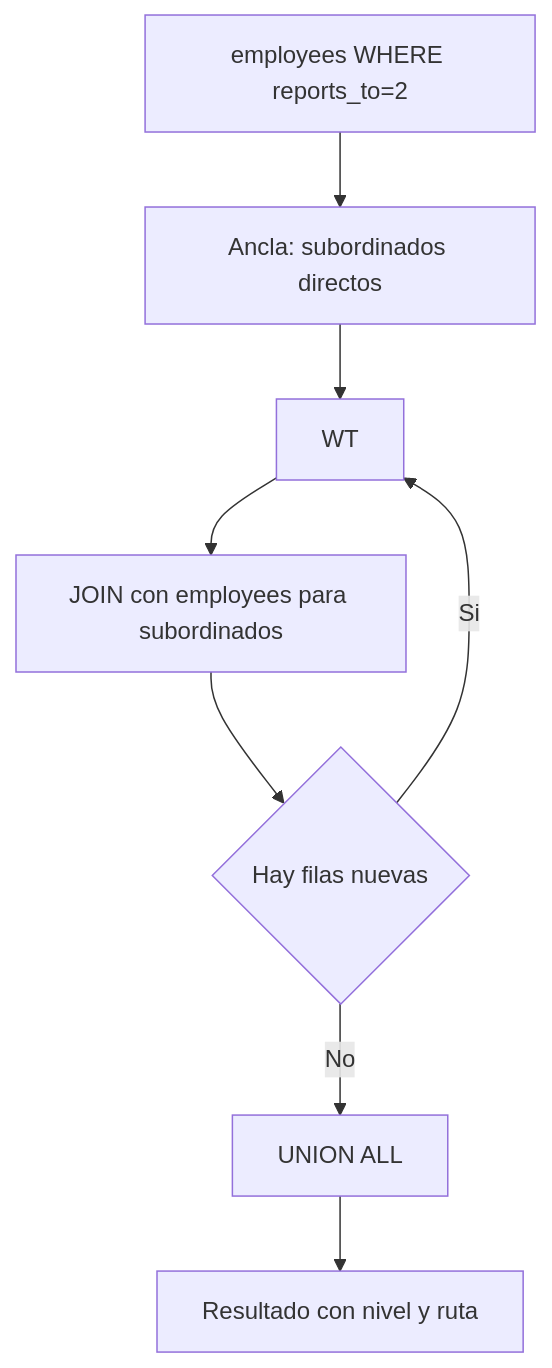
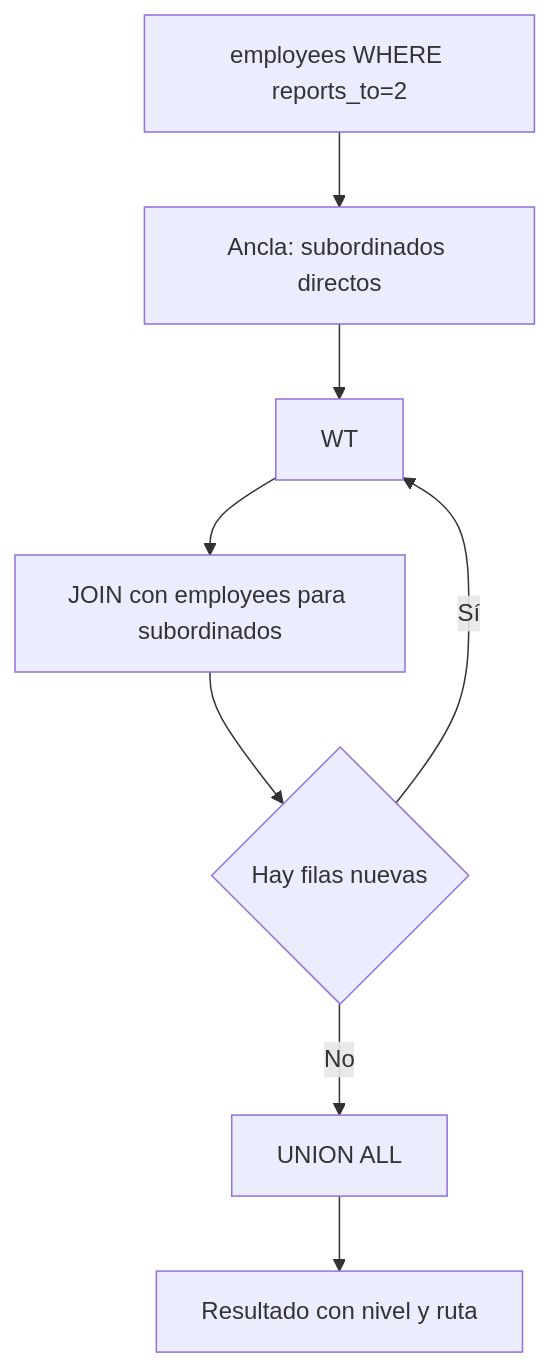
One commit to Slinkter/ApuntesSQL changed diagram 12 of 50 in Lab/Lab01/Ejercicios/3.avanzado.md. Above: the diagram before and after it, drawn with Mermaid. The commit also changed other lines of this file and 7 other files, not shown here.

````diff
--- a/Lab/Lab01/Ejercicios/3.avanzado.md
+++ b/Lab/Lab01/Ejercicios/3.avanzado.md
@@ -557,10 +653,10 @@
 ```mermaid
 flowchart TD
     E[employees WHERE reports_to=2] --> A[Ancla: subordinados directos]
     A --> WT
     WT --> R[JOIN con employees para subordinados]
     R --> CHECK{Hay filas nuevas}
-    CHECK -->|Si| WT
+    CHECK -->|Sí| WT
     CHECK -->|No| FIN[UNION ALL]
     FIN --> S[Resultado con nivel y ruta]
 ```
````
